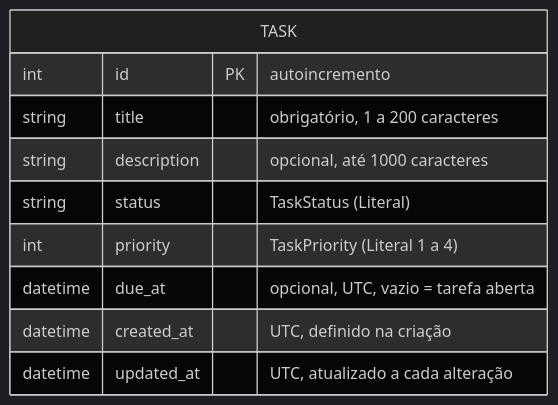
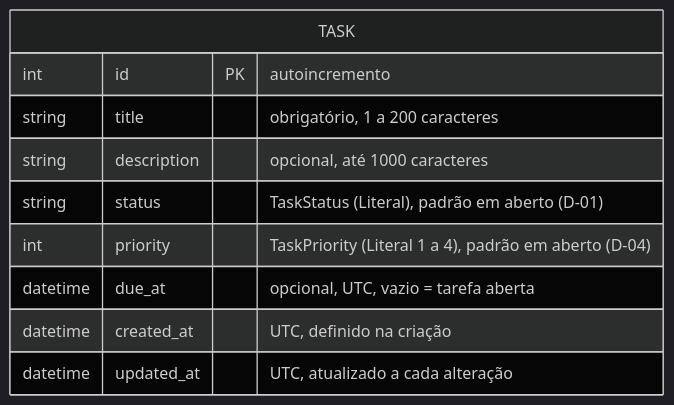
The fifth of 6 diagrams in docs/arquitetura.md (luisZsiqueira/laboratorio-projeto), drawn with Mermaid (dark theme) before and after one commit. The commit also changed other lines of this file and 8 other files, not shown here.

First line of the commit message:
docs: atualiza os diagramas Mermaid e adiciona o catálogo docs/mermaid.md

````diff
--- a/docs/arquitetura.md
+++ b/docs/arquitetura.md
@@ -158,13 +196,13 @@
 ```mermaid
 erDiagram
     TASK {
         int id PK "autoincremento"
         string title "obrigatório, 1 a 200 caracteres"
         string description "opcional, até 1000 caracteres"
-        string status "TaskStatus (Literal)"
-        int priority "TaskPriority (Literal 1 a 4)"
+        string status "TaskStatus (Literal), padrão em aberto (D-01)"
+        int priority "TaskPriority (Literal 1 a 4), padrão em aberto (D-04)"
         datetime due_at "opcional, UTC, vazio = tarefa aberta"
         datetime created_at "UTC, definido na criação"
         datetime updated_at "UTC, atualizado a cada alteração"
     }
 ```
````
